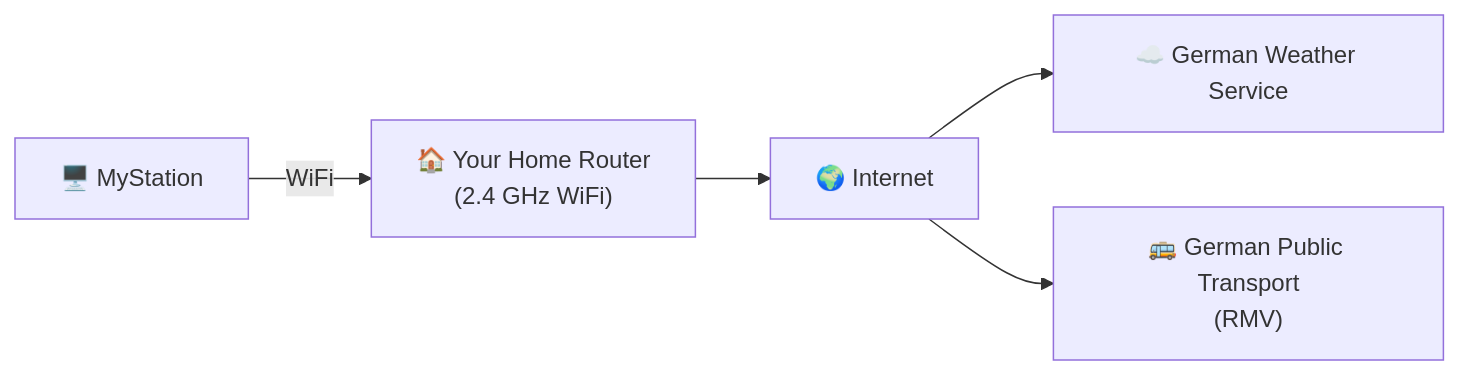
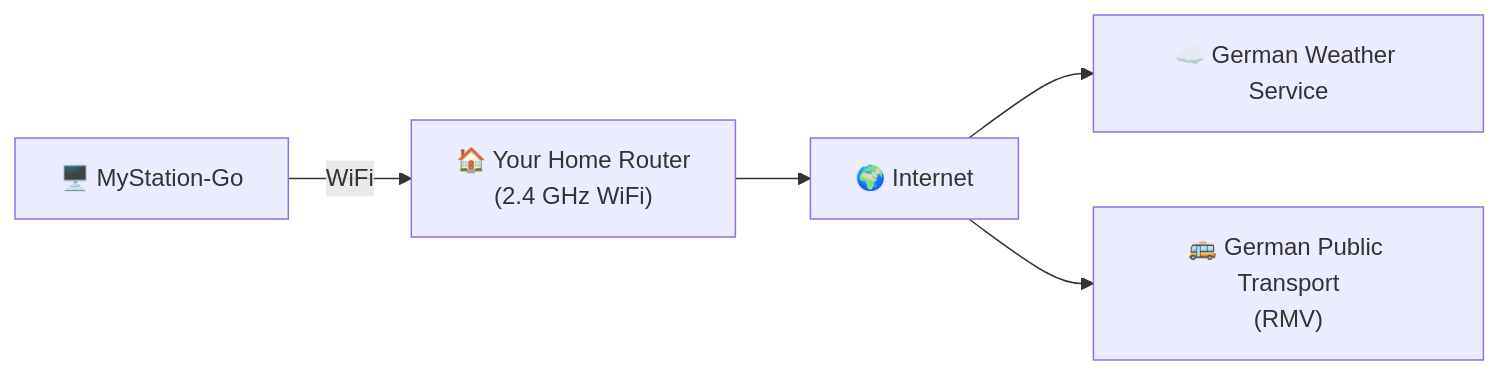
The third of 3 diagrams in docs/user-guide/network-setup.md (gogo-boot/mystation-landing), drawn with Mermaid before and after one commit. The commit also changed other lines of this file and 15 other files, not shown here.

````diff
--- a/docs/user-guide/network-setup.md
+++ b/docs/user-guide/network-setup.md
@@ -79,12 +79,12 @@
 ```mermaid
 graph LR
-    Station["🖥️ MyStation"]
+    Station["🖥️ MyStation-Go"]
     Router["🏠 Your Home Router\n(2.4 GHz WiFi)"]
     Internet["🌍 Internet"]
     DWD["☁️ German Weather Service"]
     RMV["🚌 German Public Transport\n(RMV)"]
     Station -- " WiFi " --> Router
     Router --> Internet
     Internet --> DWD
     Internet --> RMV
 ```
````
